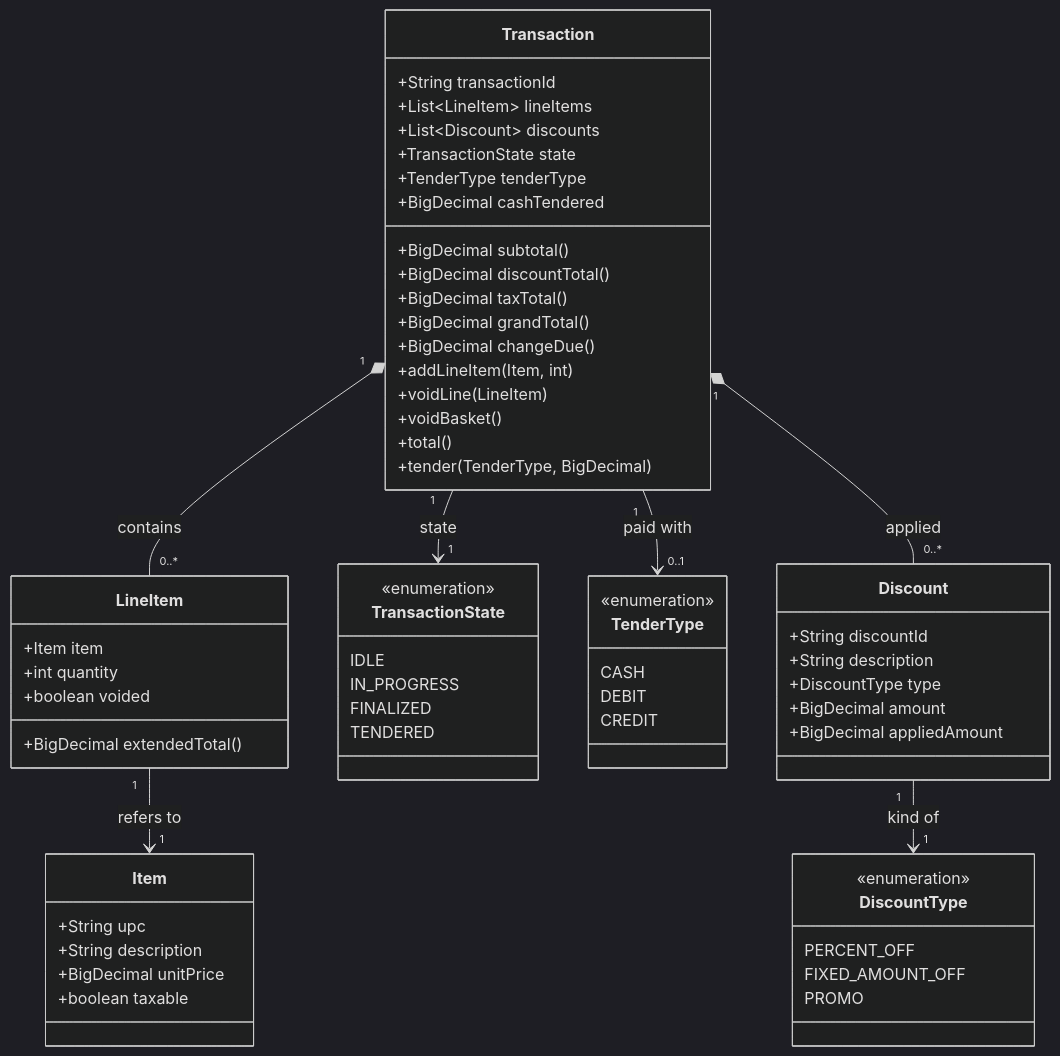
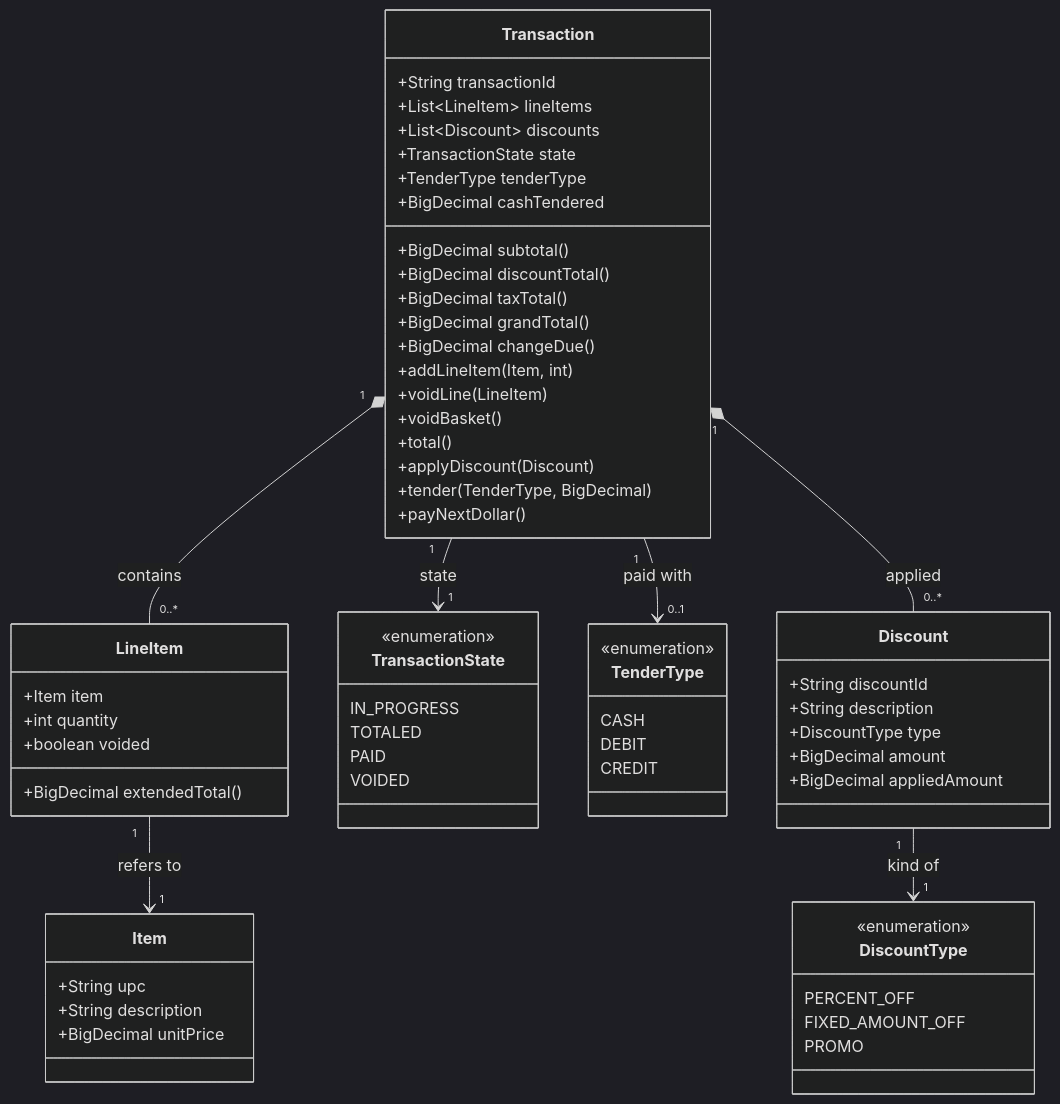
Before and after one commit to rhuel-laurente-rp/rocketpartners-pos: the first of 2 diagrams in docs/Phase 1/domain-model.md, drawn with Mermaid (dark theme). The commit also changed other lines of this file and 2 other files, not shown here.

````diff
--- a/docs/Phase 1/domain-model.md
+++ b/docs/Phase 1/domain-model.md
@@ -7,72 +7,73 @@
 ```mermaid
 classDiagram
     class Item {
         +String upc
         +String description
         +BigDecimal unitPrice
-        +boolean taxable
     }
 
     class LineItem {
         +Item item
         +int quantity
         +BigDecimal extendedTotal()
         +boolean voided
     }
 
     class Transaction {
         +String transactionId
         +List~LineItem~ lineItems
         +List~Discount~ discounts
         +TransactionState state
         +TenderType tenderType
         +BigDecimal cashTendered
         +BigDecimal subtotal()
         +BigDecimal discountTotal()
         +BigDecimal taxTotal()
         +BigDecimal grandTotal()
         +BigDecimal changeDue()
         +addLineItem(Item, int)
         +voidLine(LineItem)
         +voidBasket()
         +total()
+        +applyDiscount(Discount)
         +tender(TenderType, BigDecimal)
+        +payNextDollar()
     }
 
     class TransactionState {
         <<enumeration>>
-        IDLE
         IN_PROGRESS
-        FINALIZED
-        TENDERED
+        TOTALED
+        PAID
+        VOIDED
     }
 
     class TenderType {
         <<enumeration>>
         CASH
         DEBIT
         CREDIT
     }
 
     class Discount {
         +String discountId
         +String description
         +DiscountType type
         +BigDecimal amount
         +BigDecimal appliedAmount
     }
 
     class DiscountType {
         <<enumeration>>
         PERCENT_OFF
         FIXED_AMOUNT_OFF
         PROMO
     }
 
     Transaction "1" *-- "0..*" LineItem : contains
     Transaction "1" *-- "0..*" Discount : applied
     Transaction "1" --> "1" TransactionState : state
     Transaction "1" --> "0..1" TenderType : paid with
     LineItem "1" --> "1" Item : refers to
     Discount "1" --> "1" DiscountType : kind of
 ```
````
